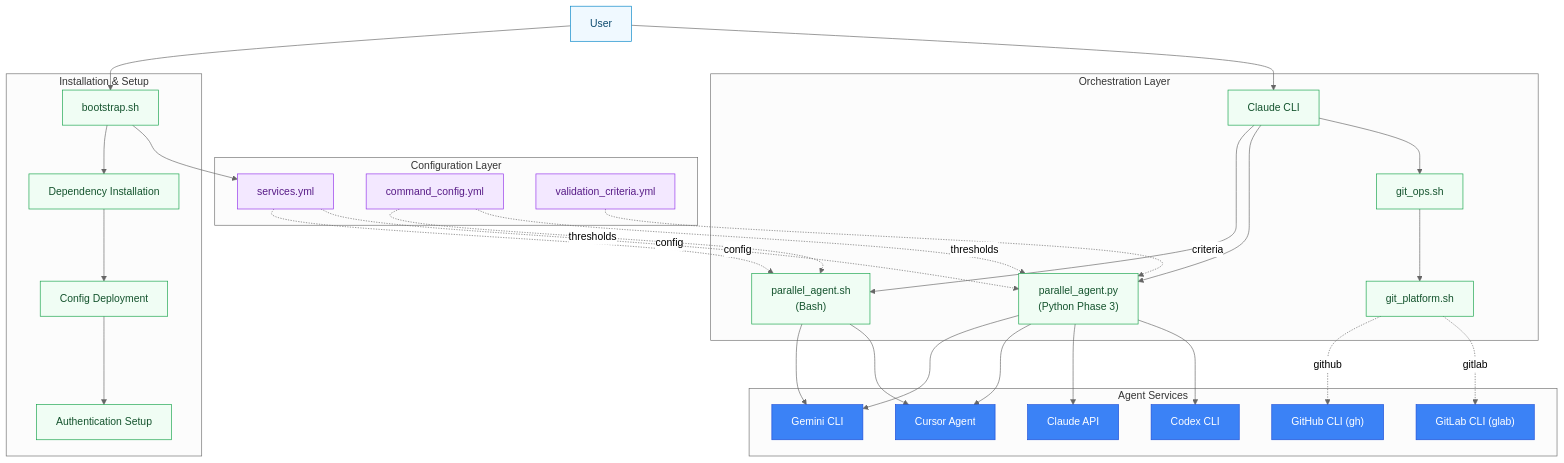
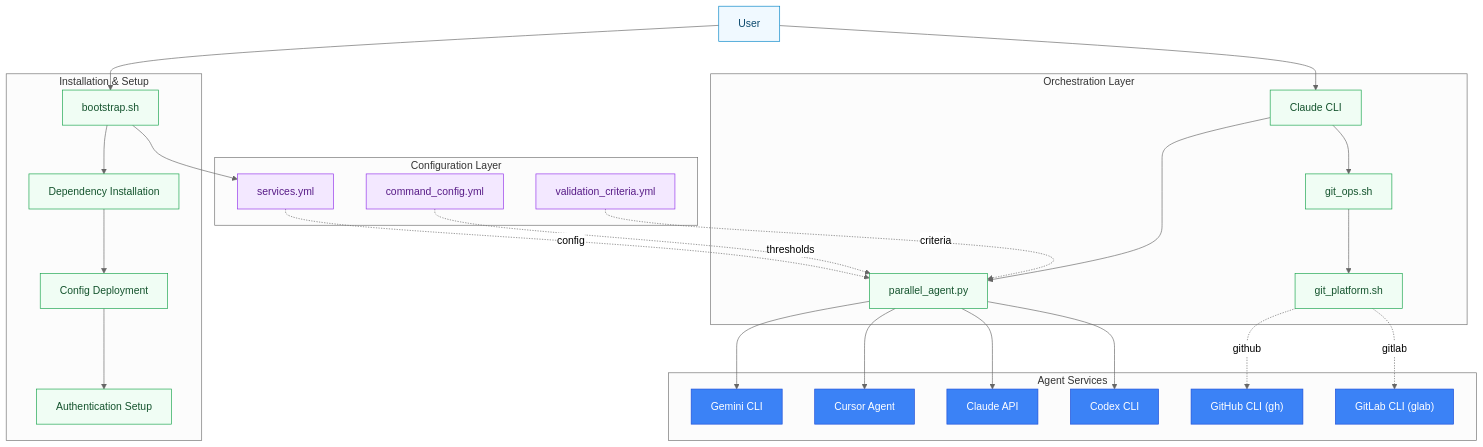
Before and after one commit to RB-chrismandich/Manifest: the first of 13 diagrams in docs/ARCHITECTURE_DIAGRAMS.md, drawn with Mermaid. The commit also changed other lines of this file and 63 other files, not shown here.

First line of the commit message:
refactor: retire deprecated parallel_agent.sh in favor of parallel_agent.py (#256) (#257)

````diff
--- a/docs/ARCHITECTURE_DIAGRAMS.md
+++ b/docs/ARCHITECTURE_DIAGRAMS.md
@@ -32,65 +32,59 @@
 ```mermaid
 %%{init: {'theme':'neutral'}}%%
 flowchart TB
     classDef input fill:#f0f9ff,stroke:#0284c7,color:#0c4a6e
     classDef process fill:#f0fdf4,stroke:#16a34a,color:#14532d
     classDef output fill:#fef3c7,stroke:#d97706,color:#78350f
     classDef config fill:#f3e8ff,stroke:#9333ea,color:#581c87
     classDef external fill:#3b82f6,stroke:#1d4ed8,color:#fff
 
     USER["User"]:::input
     BOOTSTRAP["bootstrap.sh"]:::process
     CLAUDE_CLI["Claude CLI"]:::process
 
     subgraph "Installation & Setup"
         BOOTSTRAP
         INSTALL["Dependency Installation"]:::process
         DEPLOY["Config Deployment"]:::process
         AUTH["Authentication Setup"]:::process
         BOOTSTRAP --> INSTALL --> DEPLOY --> AUTH
     end
 
     subgraph "Configuration Layer"
         SERVICES["services.yml"]:::config
         COMMAND_CFG["command_config.yml"]:::config
         VALIDATION_CFG["validation_criteria.yml"]:::config
     end
 
     subgraph "Orchestration Layer"
         CLAUDE_CLI
-        PARALLEL_BASH["parallel_agent.sh<br/>(Bash)"]:::process
-        PARALLEL_PY["parallel_agent.py<br/>(Python Phase 3)"]:::process
+        PARALLEL_PY["parallel_agent.py"]:::process
         GIT_PLATFORM["git_platform.sh"]:::process
         GIT_OPS["git_ops.sh"]:::process
     end
 
     subgraph "Agent Services"
         GEMINI["Gemini CLI"]:::external
         CURSOR["Cursor Agent"]:::external
         CLAUDE_API["Claude API"]:::external
         CODEX["Codex CLI"]:::external
         GH["GitHub CLI (gh)"]:::external
         GLAB["GitLab CLI (glab)"]:::external
     end
 
     USER --> BOOTSTRAP
     BOOTSTRAP --> SERVICES
     USER --> CLAUDE_CLI
-    CLAUDE_CLI --> PARALLEL_BASH
     CLAUDE_CLI --> PARALLEL_PY
     CLAUDE_CLI --> GIT_OPS
     GIT_OPS --> GIT_PLATFORM
     GIT_PLATFORM -.->|github| GH
     GIT_PLATFORM -.->|gitlab| GLAB
-    PARALLEL_BASH --> GEMINI
-    PARALLEL_BASH --> CURSOR
     PARALLEL_PY --> GEMINI
     PARALLEL_PY --> CURSOR
     PARALLEL_PY --> CLAUDE_API
     PARALLEL_PY --> CODEX
-    SERVICES -.->|config| PARALLEL_BASH
     SERVICES -.->|config| PARALLEL_PY
-    COMMAND_CFG -.->|thresholds| PARALLEL_BASH
     COMMAND_CFG -.->|thresholds| PARALLEL_PY
     VALIDATION_CFG -.->|criteria| PARALLEL_PY
 ```
````
